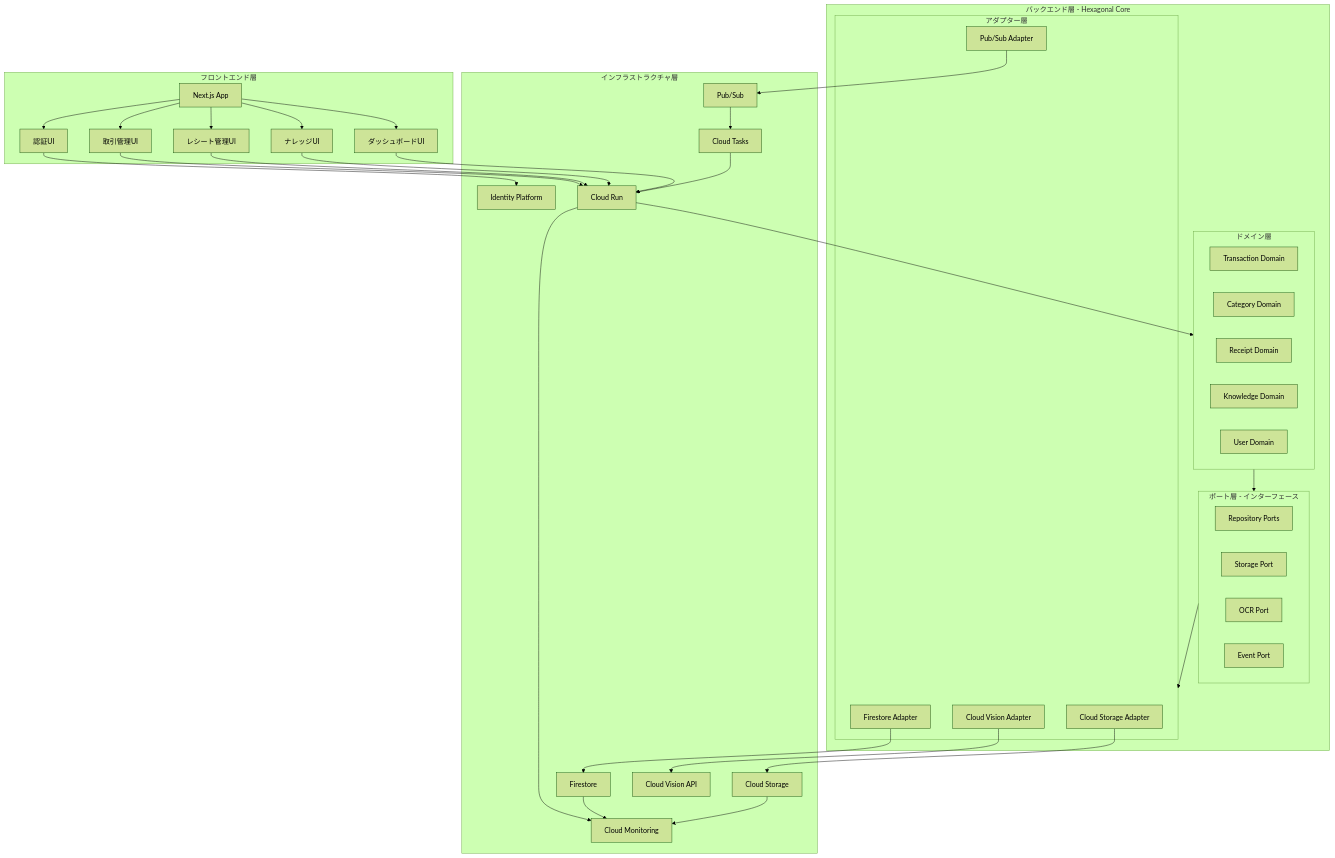
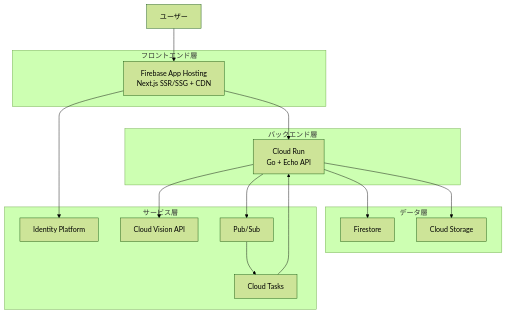
Before and after one commit to 248/ledger-muse: the diagram in .kiro/specs/household-finance-app/design.md, drawn with Mermaid (forest theme). The commit also changed other lines of this file and 7 other files, not shown here.

````diff
--- a/.kiro/specs/household-finance-app/design.md
+++ b/.kiro/specs/household-finance-app/design.md
@@ -64,74 +85,34 @@
 ```mermaid
 graph TB
+    User[ユーザー]
+
     subgraph Frontend[フロントエンド層]
-        NextJS[Next.js App]
-        AuthUI[認証UI]
-        TransactionUI[取引管理UI]
-        ReceiptUI[レシート管理UI]
-        KnowledgeUI[ナレッジUI]
-        DashboardUI[ダッシュボードUI]
+        AppHosting[Firebase App Hosting<br/>Next.js SSR/SSG + CDN]
     end
 
-    subgraph Backend[バックエンド層 - Hexagonal Core]
-        subgraph Domain[ドメイン層]
-            TransactionDomain[Transaction Domain]
-            CategoryDomain[Category Domain]
-            ReceiptDomain[Receipt Domain]
-            KnowledgeDomain[Knowledge Domain]
-            UserDomain[User Domain]
-        end
-
-        subgraph Ports[ポート層 - インターフェース]
-            RepoPort[Repository Ports]
-            StoragePort[Storage Port]
-            OCRPort[OCR Port]
-            EventPort[Event Port]
-        end
-
-        subgraph Adapters[アダプター層]
-            FirestoreAdapter[Firestore Adapter]
-            CloudStorageAdapter[Cloud Storage Adapter]
-            CloudVisionAdapter[Cloud Vision Adapter]
-            PubSubAdapter[Pub/Sub Adapter]
-        end
+    subgraph Backend[バックエンド層]
+        CloudRun[Cloud Run<br/>Go + Echo API]
     end
 
-    subgraph Infrastructure[インフラストラクチャ層]
-        IdentityPlatform[Identity Platform]
-        CloudRun[Cloud Run]
+    subgraph Data[データ層]
         Firestore[Firestore]
         CloudStorage[Cloud Storage]
+    end
+
+    subgraph Services[サービス層]
+        IdentityPlatform[Identity Platform]
         CloudVision[Cloud Vision API]
         PubSub[Pub/Sub]
         CloudTasks[Cloud Tasks]
-        CloudMonitoring[Cloud Monitoring]
     end
 
-    NextJS --> AuthUI
-    NextJS --> TransactionUI
-    NextJS --> ReceiptUI
-    NextJS --> KnowledgeUI
-    NextJS --> DashboardUI
-
-    AuthUI --> IdentityPlatform
-    TransactionUI --> CloudRun
-    ReceiptUI --> CloudRun
-    KnowledgeUI --> CloudRun
-    DashboardUI --> CloudRun
-
-    CloudRun --> Domain
-    Domain --> Ports
-    Ports --> Adapters
-
-    FirestoreAdapter --> Firestore
-    CloudStorageAdapter --> CloudStorage
-    CloudVisionAdapter --> CloudVision
-    PubSubAdapter --> PubSub
-
+    User --> AppHosting
+    AppHosting --> IdentityPlatform
+    AppHosting --> CloudRun
+    CloudRun --> Firestore
+    CloudRun --> CloudStorage
+    CloudRun --> PubSub
     PubSub --> CloudTasks
     CloudTasks --> CloudRun
-
-    CloudRun --> CloudMonitoring
-    Firestore --> CloudMonitoring
-    CloudStorage --> CloudMonitoring
+    CloudRun --> CloudVision
 ```
````
